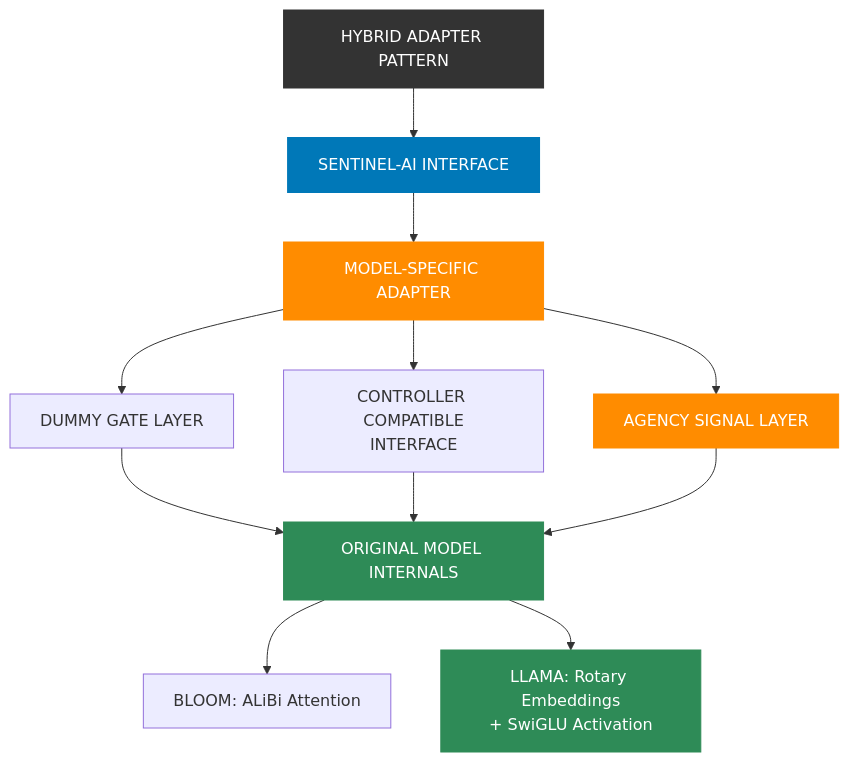
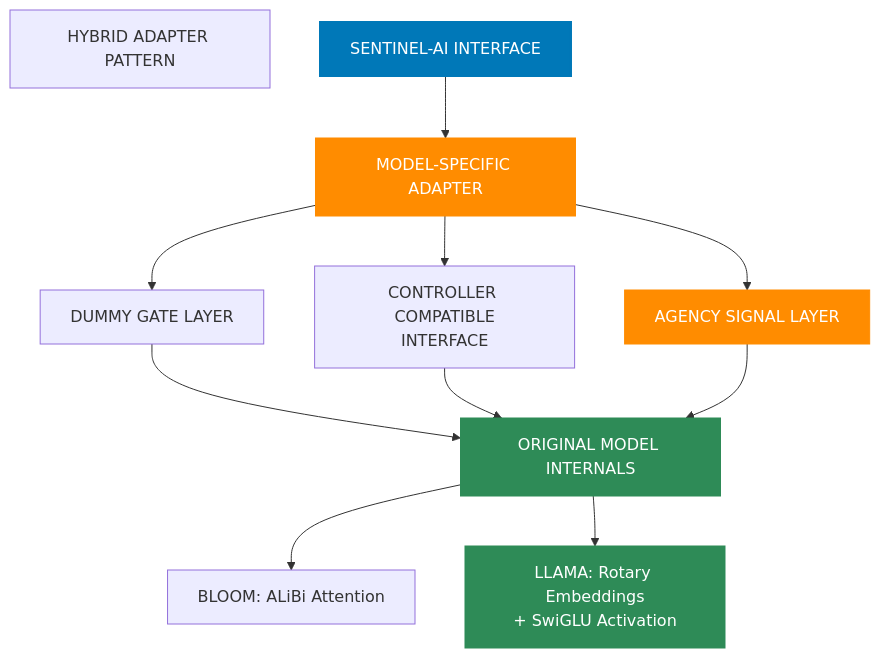
Before and after one commit to CambrianTech/sentinel-ai: the third of 6 diagrams in README.md, drawn with Mermaid. The commit also changed other lines of this file, not shown here.

First line of the commit message:
Fix chart title nodes in all diagrams

````diff
--- a/README.md
+++ b/README.md
@@ -165,39 +163,38 @@
 ```mermaid
 flowchart TD
     classDef standard fill:#333,stroke:#333,stroke-width:1px,color:#fff
     classDef interface fill:#0078b8,stroke:#0078b8,stroke-width:2px,color:#fff
     classDef adapter fill:#ff8c00,stroke:#ff8c00,stroke-width:1px,color:#fff
     classDef original fill:#2e8b57,stroke:#2e8b57,stroke-width:1px,color:#fff
     
     %% Main Components
-    title["HYBRID ADAPTER PATTERN"]
+    header["HYBRID ADAPTER PATTERN"]
     interface["SENTINEL-AI INTERFACE"]
     adapter["MODEL-SPECIFIC ADAPTER"]
     original["ORIGINAL MODEL INTERNALS"]
     
     %% Adapter Components
     gates["DUMMY GATE LAYER"]
     compatible["CONTROLLER COMPATIBLE<br/>INTERFACE"]
     agency["AGENCY SIGNAL LAYER"]
     
     %% Original Model Components
     bloom["BLOOM: ALiBi Attention"]
     llama["LLAMA: Rotary Embeddings<br/>+ SwiGLU Activation"]
     
     %% Connections
-    title --> interface
-    interface --> adapter
+        interface --> adapter
     adapter --> gates & compatible & agency
     gates & compatible & agency --> original
     original --> bloom & llama
     
     %% Styling
-    title:::standard
+    header:::header
     interface:::interface
     adapter:::adapter
     original:::original
     
     gates & compatible & agency:::adapter
     
     bloom & llama:::original
 ```
````
